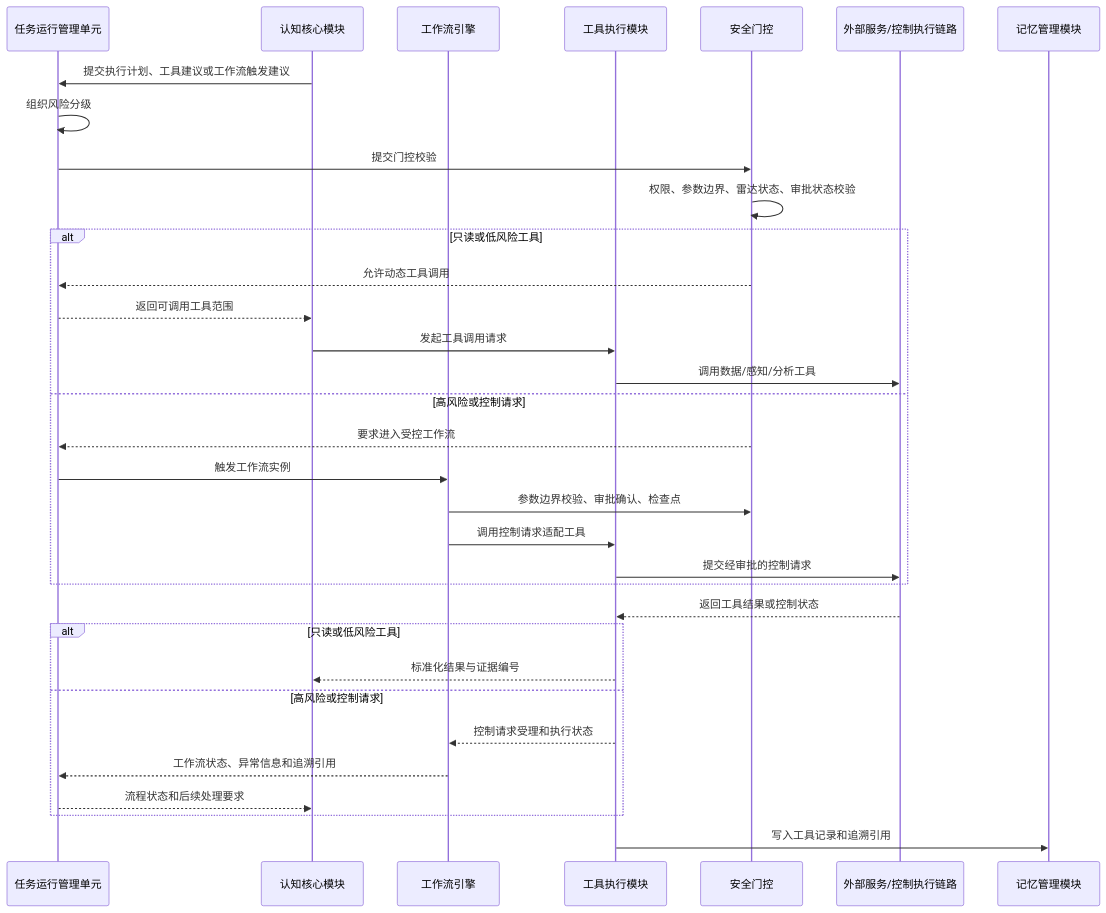
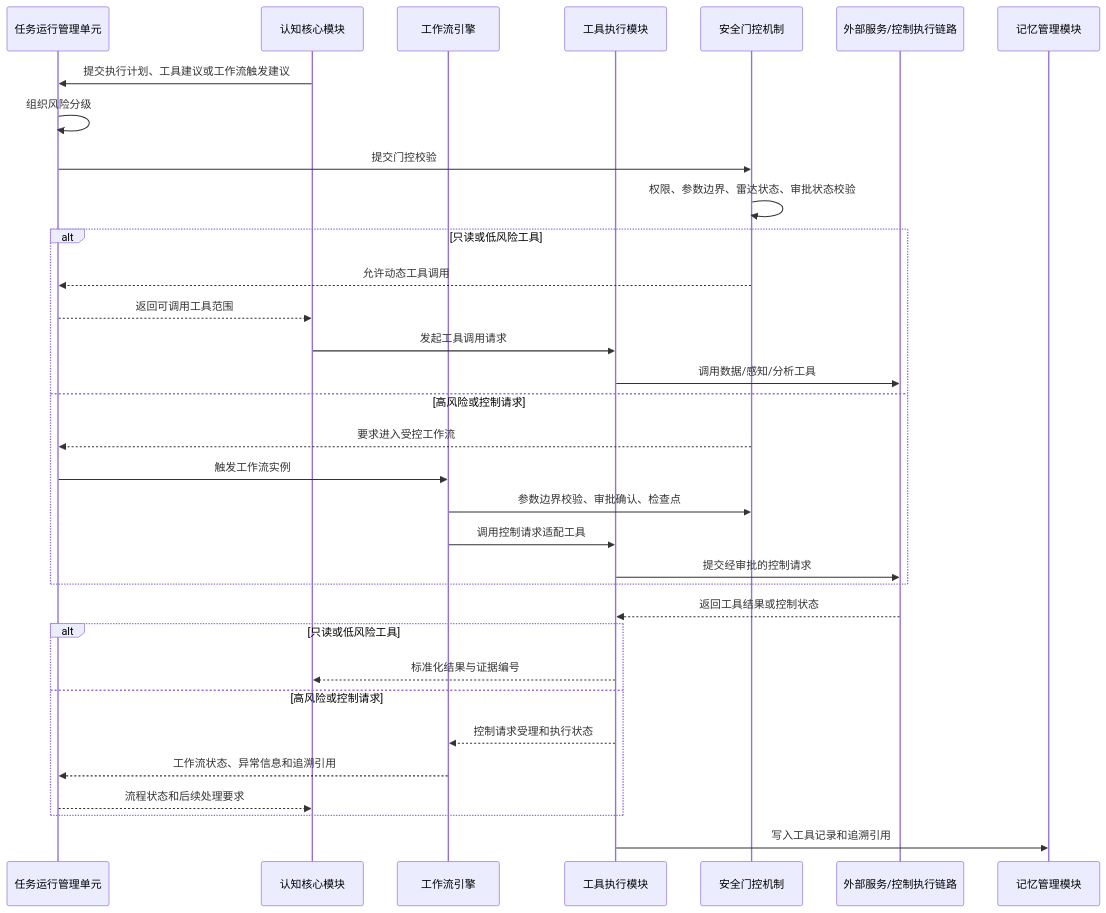
One commit to StormSeven1/obsidian-vault changed the sixth of 7 diagrams in radar agent/4.3.3.2 LD智能体子系统技术方案.md. Above: the diagram before and after it, drawn with Mermaid. The commit also changed other lines of this file, not shown here.

````diff
--- a/radar agent/4.3.3.2 LD智能体子系统技术方案.md
+++ b/radar agent/4.3.3.2 LD智能体子系统技术方案.md
@@ -440,36 +440,36 @@
 ```mermaid
 sequenceDiagram
     participant H as 任务运行管理单元
     participant C as 认知核心模块
     participant W as 工作流引擎
     participant T as 工具执行模块
-    participant G as 安全门控
+    participant G as 安全门控机制
     participant R as 外部服务/控制执行链路
     participant M as 记忆管理模块
 
     C->>H: 提交执行计划、工具建议或工作流触发建议
     H->>H: 组织风险分级
     H->>G: 提交门控校验
     G->>G: 权限、参数边界、雷达状态、审批状态校验
     alt 只读或低风险工具
         G-->>H: 允许动态工具调用
         H-->>C: 返回可调用工具范围
         C->>T: 发起工具调用请求
         T->>R: 调用数据/感知/分析工具
     else 高风险或控制请求
         G-->>H: 要求进入受控工作流
         H->>W: 触发工作流实例
         W->>G: 参数边界校验、审批确认、检查点
         W->>T: 调用控制请求适配工具
         T->>R: 提交经审批的控制请求
     end
     R-->>T: 返回工具结果或控制状态
     alt 只读或低风险工具
         T-->>C: 标准化结果与证据编号
     else 高风险或控制请求
         T-->>W: 控制请求受理和执行状态
         W-->>H: 工作流状态、异常信息和追溯引用
         H-->>C: 流程状态和后续处理要求
     end
     T->>M: 写入工具记录和追溯引用
 ```
````
